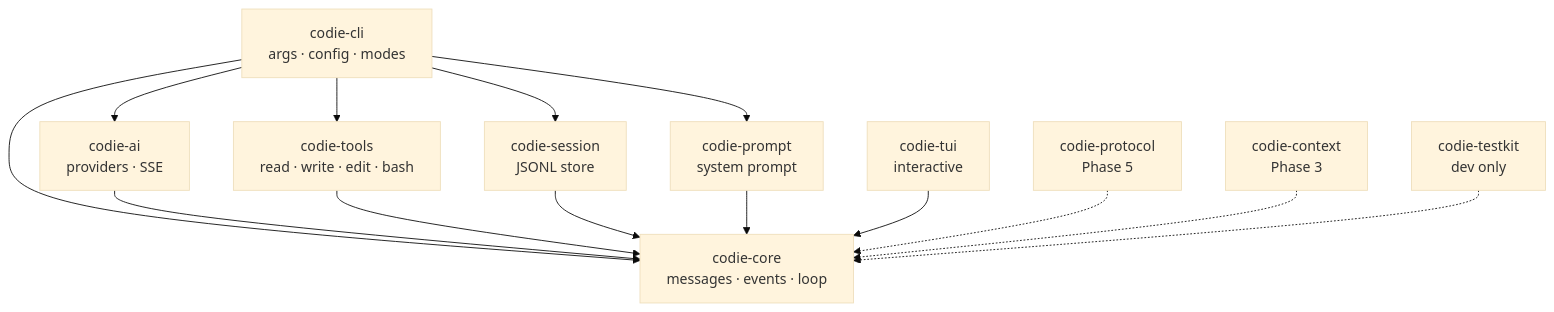
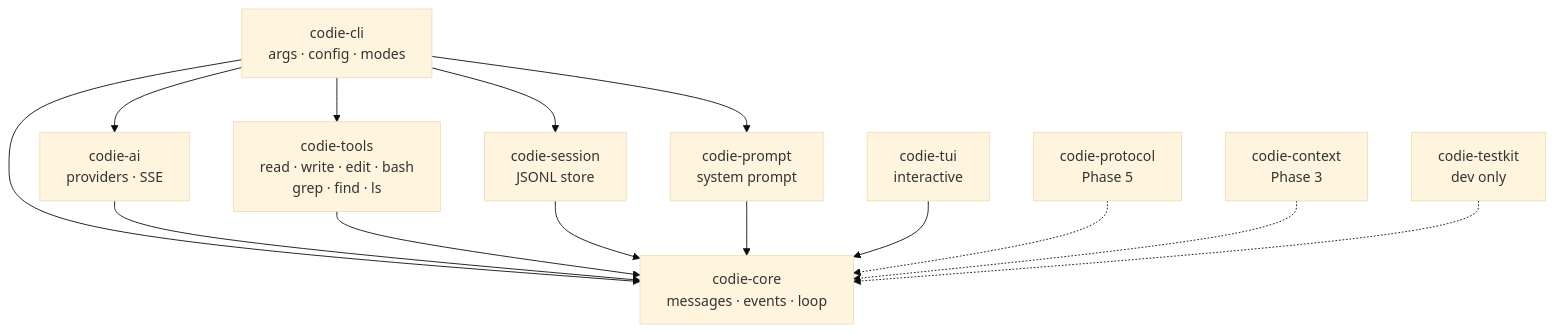
One commit to amardeepio/codie changed the second of 2 diagrams in README.md. Above: the diagram before and after it, drawn with Mermaid (base theme). The commit also changed other lines of this file and 18 other files, not shown here.

First line of the commit message:
feat(tools): add grep, find, and ls

````diff
--- a/README.md
+++ b/README.md
@@ -65,31 +65,31 @@
 ```mermaid
 flowchart TD
     CLI["codie-cli<br/>args · config · modes"]
 
     CORE["codie-core<br/>messages · events · loop"]
     AI["codie-ai<br/>providers · SSE"]
-    TOOLS["codie-tools<br/>read · write · edit · bash"]
+    TOOLS["codie-tools<br/>read · write · edit · bash<br/>grep · find · ls"]
     SESSION["codie-session<br/>JSONL store"]
     PROMPT["codie-prompt<br/>system prompt"]
 
     TUI["codie-tui<br/>interactive"]
     PROTO["codie-protocol<br/>Phase 5"]
     CONTEXT["codie-context<br/>Phase 3"]
 
     CLI --> CORE
     CLI --> AI
     CLI --> TOOLS
     CLI --> SESSION
     CLI --> PROMPT
 
     AI --> CORE
     TOOLS --> CORE
     SESSION --> CORE
     PROMPT --> CORE
 
     TUI --> CORE
     PROTO -.-> CORE
     CONTEXT -.-> CORE
 
     TESTKIT["codie-testkit<br/>dev only"] -.-> CORE
 ```
````
